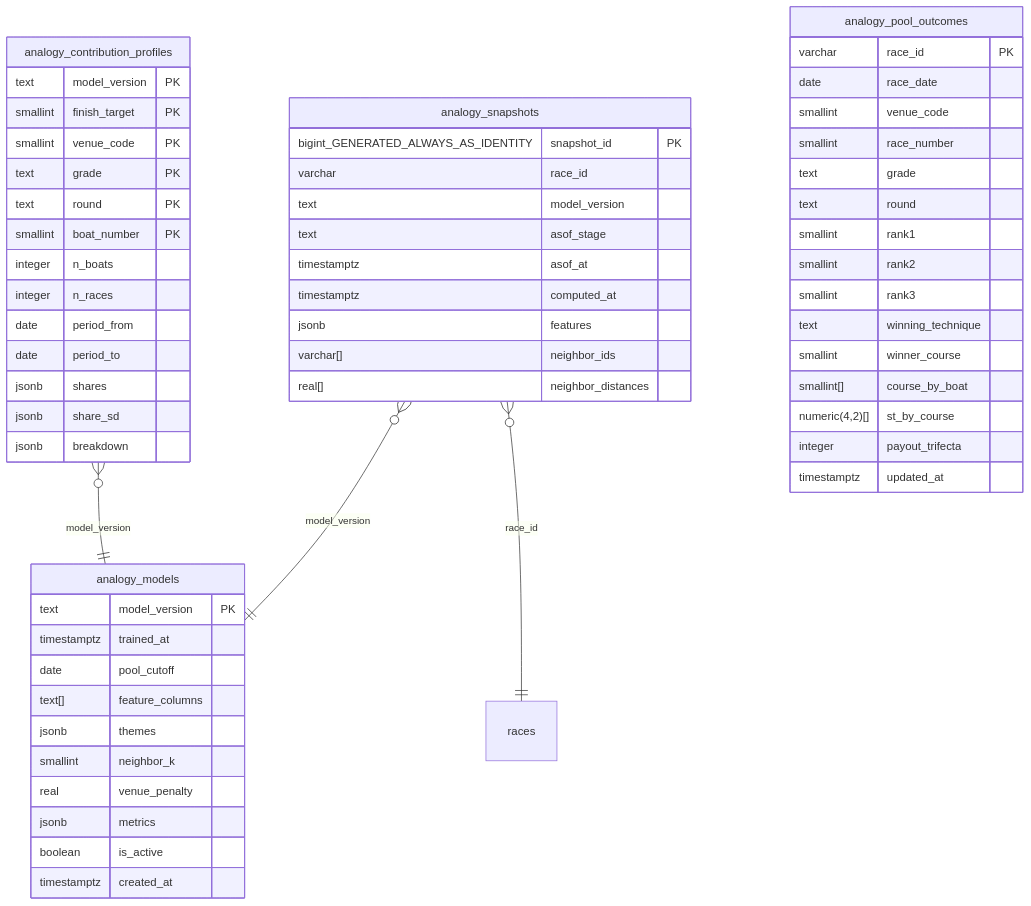
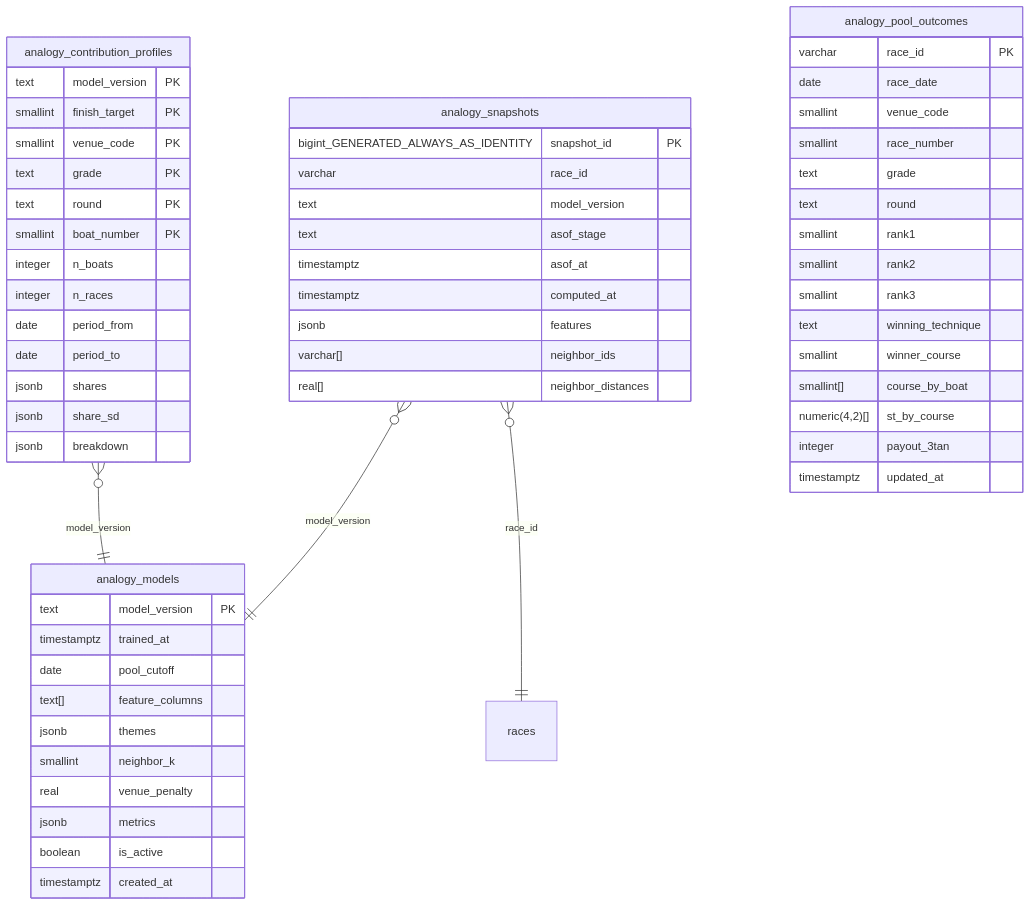
One commit to rhapsody0919/boatrace-ai-predictor changed the second of 3 diagrams in docs/design/analogy-finder/plan.md. Above: the diagram before and after it, drawn with Mermaid. The commit also changed other lines of this file and 2 other files, not shown here.

````diff
--- a/docs/design/analogy-finder/plan.md
+++ b/docs/design/analogy-finder/plan.md
@@ -44,61 +44,61 @@
 ```mermaid
 erDiagram
     analogy_contribution_profiles }o--|| analogy_models : "model_version"
     analogy_snapshots }o--|| races : "race_id"
     analogy_snapshots }o--|| analogy_models : "model_version"
     analogy_models {
         text model_version PK
         timestamptz trained_at
         date pool_cutoff
         text[] feature_columns
         jsonb themes
         smallint neighbor_k
         real venue_penalty
         jsonb metrics
         boolean is_active
         timestamptz created_at
     }
     analogy_contribution_profiles {
         text model_version PK
         smallint finish_target PK
         smallint venue_code PK
         text grade PK
         text round PK
         smallint boat_number PK
         integer n_boats
         integer n_races
         date period_from
         date period_to
         jsonb shares
         jsonb share_sd
         jsonb breakdown
     }
     analogy_pool_outcomes {
         varchar race_id PK
         date race_date
         smallint venue_code
         smallint race_number
         text grade
         text round
         smallint rank1
         smallint rank2
         smallint rank3
         text winning_technique
         smallint winner_course
         smallint[] course_by_boat
         numeric(4,2)[] st_by_course
-        integer payout_trifecta
+        integer payout_3tan
         timestamptz updated_at
     }
     analogy_snapshots {
         bigint_GENERATED_ALWAYS_AS_IDENTITY snapshot_id PK
         varchar race_id
         text model_version
         text asof_stage
         timestamptz asof_at
         timestamptz computed_at
         jsonb features
         varchar[] neighbor_ids
         real[] neighbor_distances
     }
 ```
````
